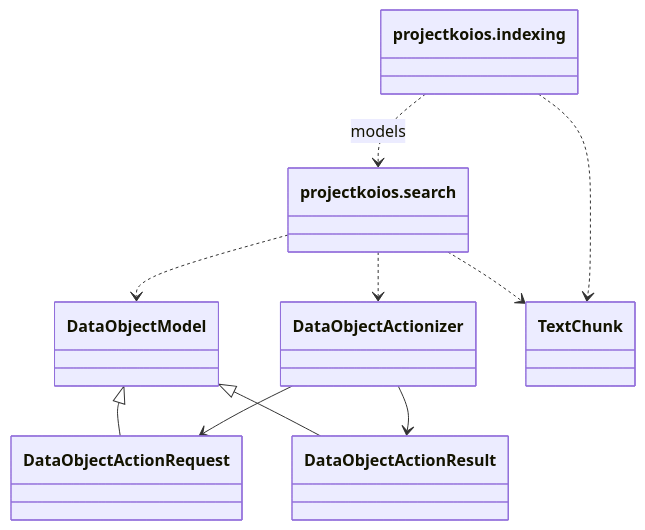
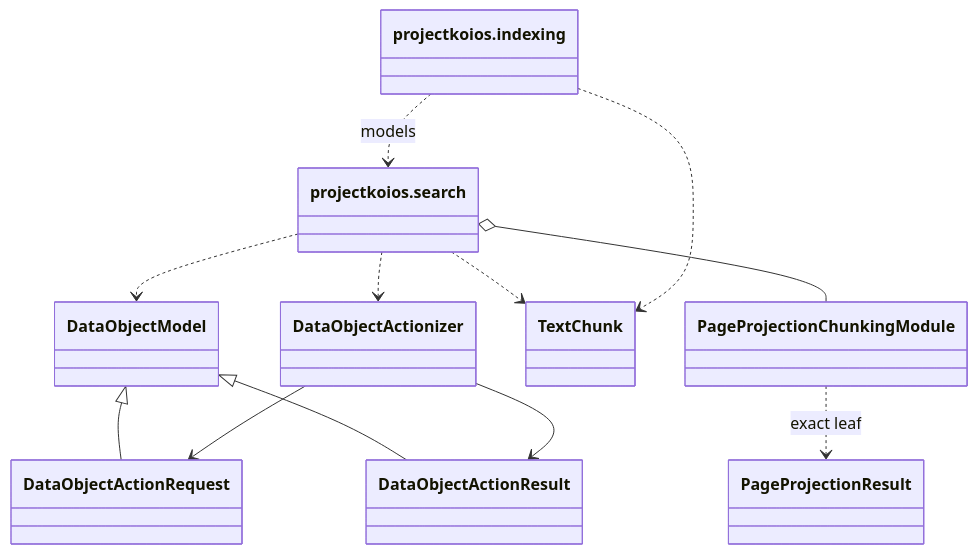
Before and after one commit to eragasa/projectkoios-search: the diagram in docs/architecture/projectkoios/implementation.md, drawn with Mermaid. The commit also changed other lines of this file and 33 other files, not shown here.

Commit message:
feat(search): derive deterministic page projection chunks

````diff
--- a/docs/architecture/projectkoios/implementation.md
+++ b/docs/architecture/projectkoios/implementation.md
@@ -7,20 +7,24 @@
 ```mermaid
 classDiagram
     class DataObjectModel
     class DataObjectActionRequest
     class DataObjectActionResult
     class DataObjectActionizer
     class TextChunk
+    class PageProjectionResult
+    class PageProjectionChunkingModule
     class SearchPackage["projectkoios.search"]
     class IndexingPackage["projectkoios.indexing"]
 
     DataObjectModel <|-- DataObjectActionRequest
     DataObjectModel <|-- DataObjectActionResult
     DataObjectActionizer --> DataObjectActionRequest
     DataObjectActionizer --> DataObjectActionResult
     SearchPackage ..> DataObjectModel
     SearchPackage ..> DataObjectActionizer
+    PageProjectionChunkingModule ..> PageProjectionResult : exact leaf
+    SearchPackage o-- PageProjectionChunkingModule
     SearchPackage ..> TextChunk
     IndexingPackage ..> TextChunk
     IndexingPackage ..> SearchPackage : models
 ```
````
